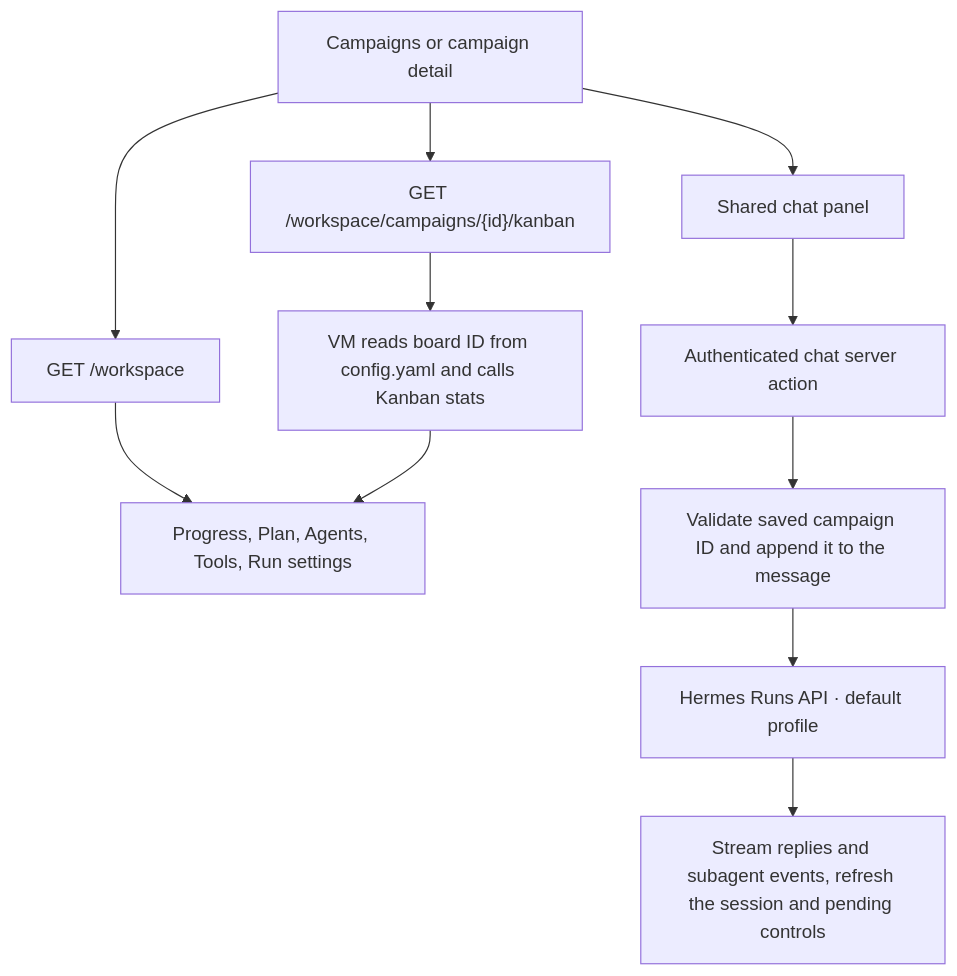
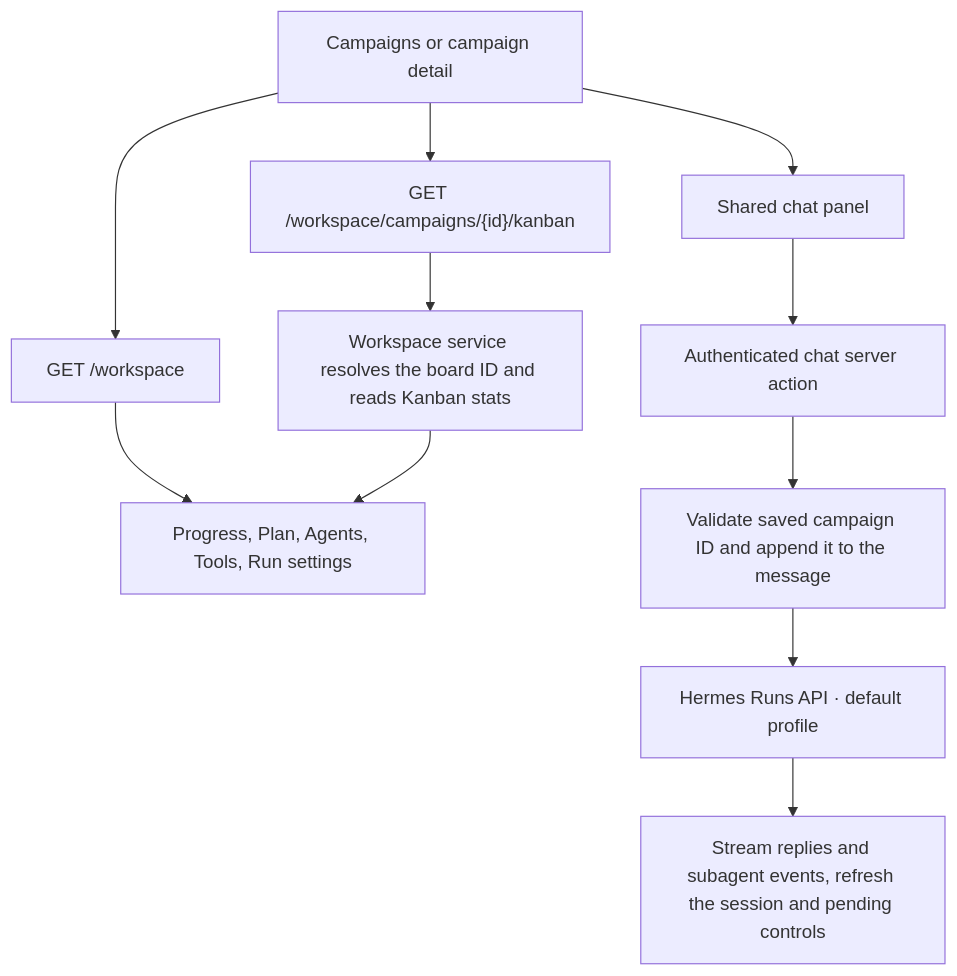
Before and after one commit to openmarketing-agency/openmarketing.agency: the fourth of 7 diagrams in docs/architecture.md, drawn with Mermaid. The commit also changed other lines of this file and 44 other files, not shown here.

````diff
--- a/docs/architecture.md
+++ b/docs/architecture.md
@@ -167,17 +167,17 @@
 ```mermaid
 flowchart TD
     Dash["Campaigns or campaign detail"]
     Records["GET /workspace"]
     Board["GET /workspace/campaigns/{id}/kanban"]
-    Stats["VM reads board ID from config.yaml and calls Kanban stats"]
+    Stats["Workspace service resolves the board ID and reads Kanban stats"]
     Tabs["Progress, Plan, Agents, Tools, Run settings"]
     Chat["Shared chat panel"]
     Action["Authenticated chat server action"]
     Context["Validate saved campaign ID and append it to the message"]
     Runs["Hermes Runs API · default profile"]
     Next["Stream replies and subagent events, refresh the session and pending controls"]
 
     Dash --> Records --> Tabs
     Dash --> Board --> Stats --> Tabs
     Dash --> Chat --> Action --> Context --> Runs --> Next
 ```
````
